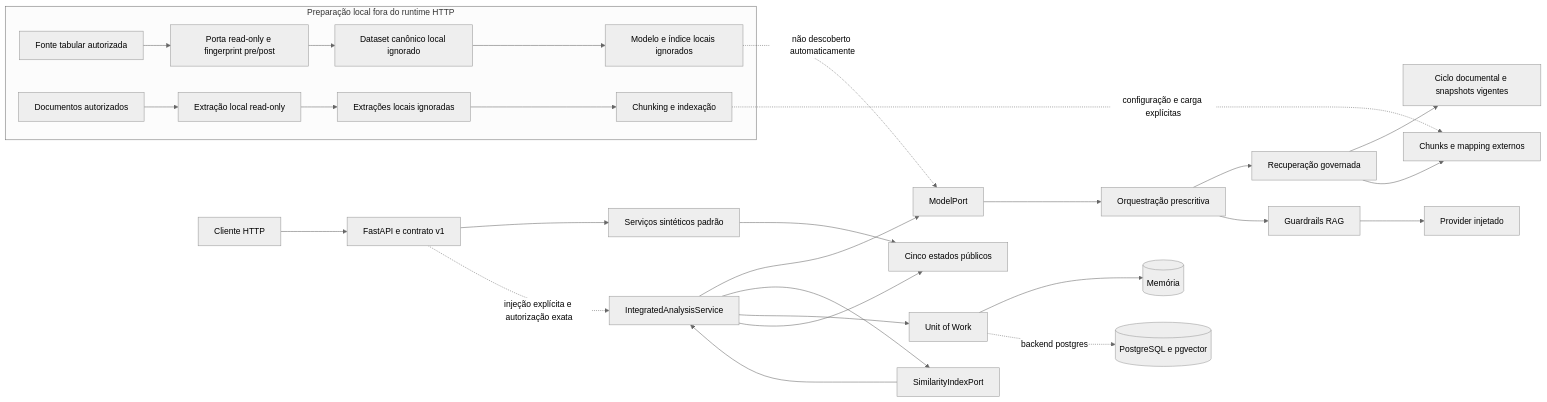
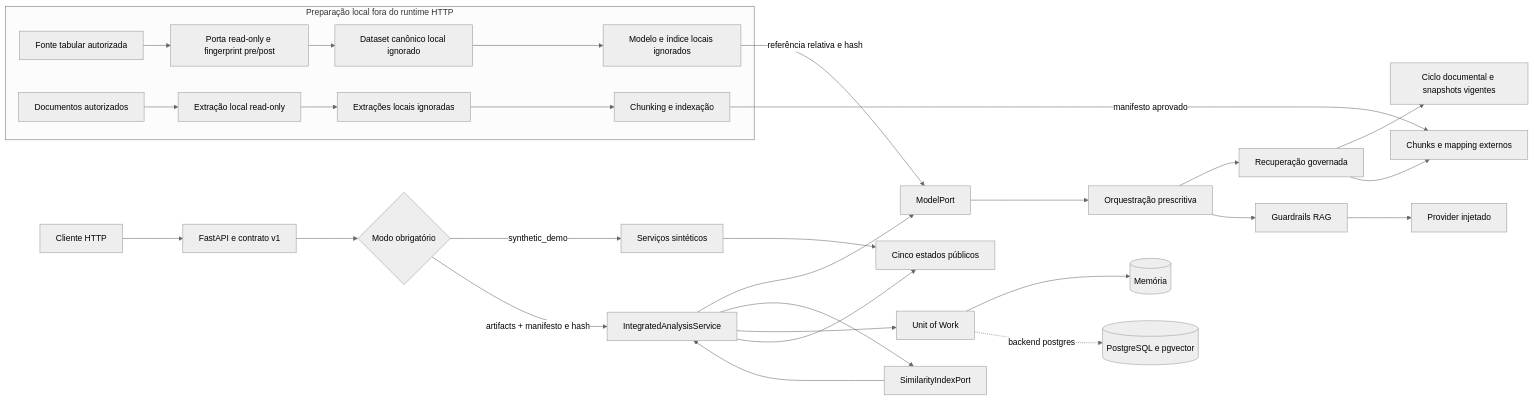
Before and after one commit to HiRenan/senai-prescriptive-maintenance: the first of 3 diagrams in docs/architecture/diagrams.md, drawn with Mermaid (neutral theme). The commit also changed other lines of this file and 39 other files, not shown here.

First line of the commit message:
fix(api): compose explicit analysis runtime (#55)

````diff
--- a/docs/architecture/diagrams.md
+++ b/docs/architecture/diagrams.md
@@ -15,34 +15,35 @@
 ```mermaid
 flowchart LR
   Client[Cliente HTTP] --> API[FastAPI e contrato v1]
-  API --> Default[Serviços sintéticos padrão]
-  Default --> Result[Cinco estados públicos]
+  API --> Mode{Modo obrigatório}
+  Mode -->|synthetic_demo| Demo[Serviços sintéticos]
+  Demo --> Result[Cinco estados públicos]
 
-  API -. injeção explícita e autorização exata .-> Integrated[IntegratedAnalysisService]
+  Mode -->|artifacts + manifesto e hash| Integrated[IntegratedAnalysisService]
   Integrated --> Model[ModelPort]
   Integrated --> Similarity[SimilarityIndexPort]
   Model --> Orchestration[Orquestração prescritiva]
   Similarity --> Integrated
   Orchestration --> Retrieval[Recuperação governada]
   Retrieval --> Lifecycle[Ciclo documental e snapshots vigentes]
   Retrieval --> Chunks[Chunks e mapping externos]
   Orchestration --> Guardrails[Guardrails RAG]
   Guardrails --> Provider[Provider injetado]
   Integrated --> UoW[Unit of Work]
   UoW --> Memory[(Memória)]
   UoW -. backend postgres .-> Postgres[(PostgreSQL e pgvector)]
   Integrated --> Result
 
   subgraph Preparation[Preparação local fora do runtime HTTP]
     Tabular[Fonte tabular autorizada] --> AuditData[Porta read-only e fingerprint pre/post]
     AuditData --> Dataset[Dataset canônico local ignorado]
     Dataset --> ModelArtifact[Modelo e índice locais ignorados]
 
     Documents[Documentos autorizados] --> AuditDocs[Extração local read-only]
     AuditDocs --> Extracted[Extrações locais ignoradas]
     Extracted --> Chunking[Chunking e indexação]
   end
 
-  ModelArtifact -. não descoberto automaticamente .-> Model
-  Chunking -. configuração e carga explícitas .-> Chunks
+  ModelArtifact -->|referência relativa e hash| Model
+  Chunking -->|manifesto aprovado| Chunks
 ```
````
